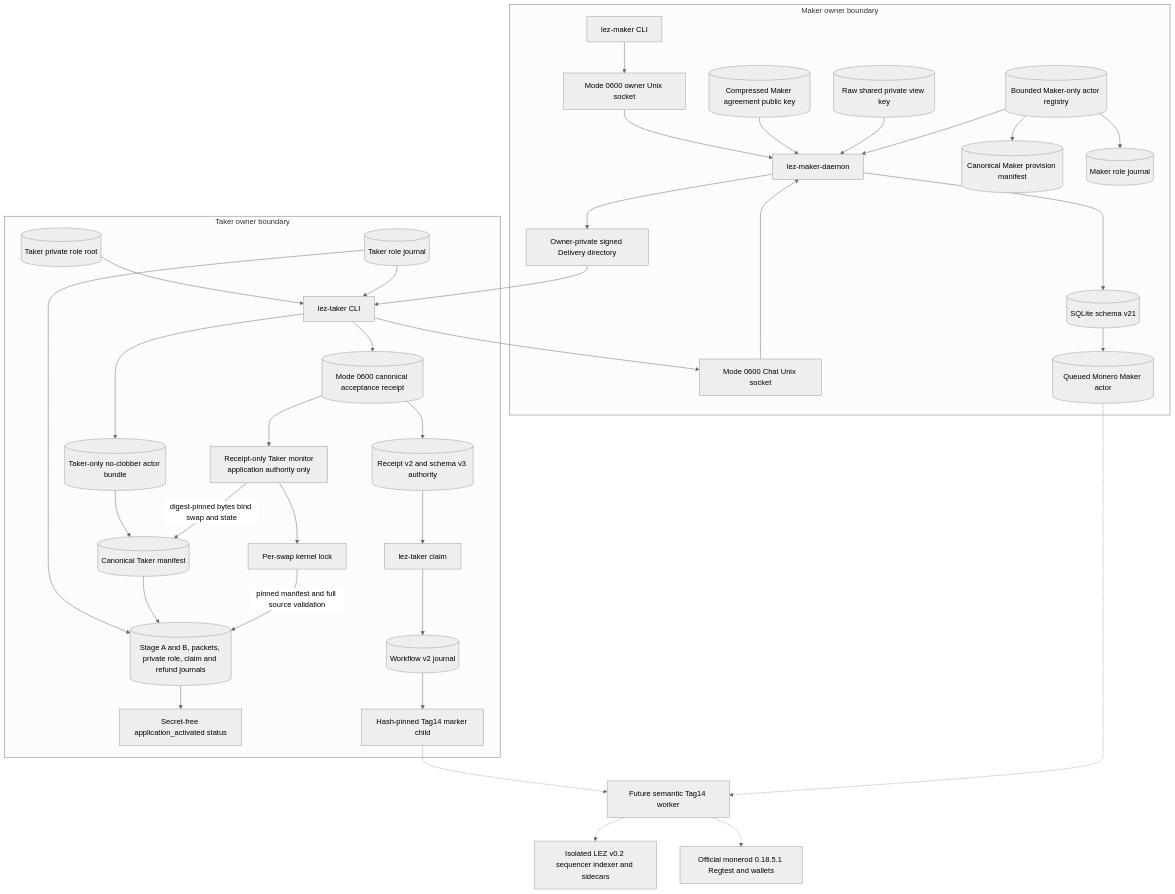
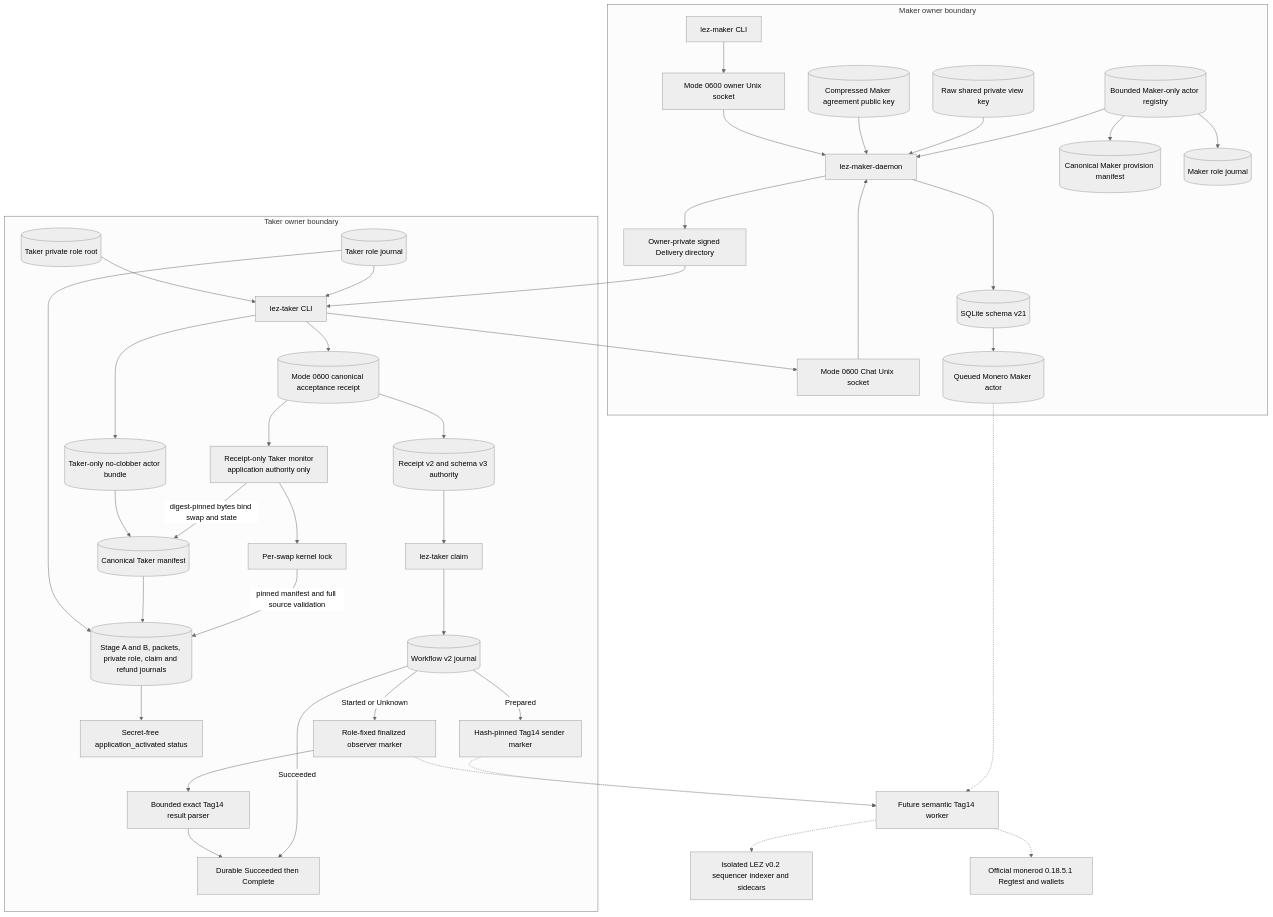
One commit to gateway-fm/lez-atomic-swaps changed the seventh of 21 diagrams in docs/architecture/deployment-components-and-rpcs.md. Above: the diagram before and after it, drawn with Mermaid (neutral theme). The commit also changed other lines of this file and 15 other files, not shown here.

````diff
--- a/docs/architecture/deployment-components-and-rpcs.md
+++ b/docs/architecture/deployment-components-and-rpcs.md
@@ -746,68 +746,76 @@
 ```mermaid
 flowchart TB
     subgraph MakerBoundary["Maker owner boundary"]
         MakerCli["lez-maker CLI"]
         OwnerSocket["Mode 0600 owner Unix socket"]
         Daemon["lez-maker-daemon"]
         ChatSocket["Mode 0600 Chat Unix socket"]
         Store[("SQLite schema v21")]
         Delivery["Owner-private signed Delivery directory"]
         AgreementKey[("Compressed Maker agreement public key")]
         ViewKey[("Raw shared private view key")]
         Registry[("Bounded Maker-only actor registry")]
         MakerManifest[("Canonical Maker provision manifest")]
         MakerJournal[("Maker role journal")]
         MakerActor[("Queued Monero Maker actor")]
     end
 
     subgraph TakerBoundary["Taker owner boundary"]
         TakerCli["lez-taker CLI"]
         TakerRoot[("Taker private role root")]
         TakerJournal[("Taker role journal")]
         TakerActor[("Taker-only no-clobber actor bundle")]
         Receipt[("Mode 0600 canonical acceptance receipt")]
         TakerManifest[("Canonical Taker manifest")]
         TakerAuthority[("Stage A and B, packets, private role, claim and refund journals")]
         MonitorLock["Per-swap kernel lock"]
         Monitor["Receipt-only Taker monitor<br/>application authority only"]
         MonitorStatus["Secret-free application_activated status"]
         EffectReceipt[("Receipt v2 and schema v3 authority")]
         Claim["lez-taker claim"]
         Workflow[("Workflow v2 journal")]
-        Marker["Hash-pinned Tag14 marker child"]
+        Marker["Hash-pinned Tag14 sender marker"]
+        Observer["Role-fixed finalized observer marker"]
+        Parser["Bounded exact Tag14 result parser"]
+        Reconciled["Durable Succeeded then Complete"]
     end
 
     MakerCli --> OwnerSocket
     OwnerSocket --> Daemon
     Daemon --> Store
     Daemon --> Delivery
     Delivery --> TakerCli
     TakerCli --> ChatSocket
     ChatSocket --> Daemon
     AgreementKey --> Daemon
     ViewKey --> Daemon
     Registry --> Daemon
     Registry --> MakerManifest
     Registry --> MakerJournal
     Store --> MakerActor
     TakerRoot --> TakerCli
     TakerJournal --> TakerCli
     TakerCli --> TakerActor
     TakerCli --> Receipt
     TakerActor --> TakerManifest
     TakerJournal --> TakerAuthority
     Receipt --> Monitor
     Monitor -->|"digest-pinned bytes bind swap and state"| TakerManifest
     Monitor --> MonitorLock
     TakerManifest --> TakerAuthority
     MonitorLock -->|"pinned manifest and full source validation"| TakerAuthority
     TakerAuthority --> MonitorStatus
     Receipt --> EffectReceipt
     EffectReceipt --> Claim
     Claim --> Workflow
-    Workflow --> Marker
-    Marker -.-> SemanticSupervisor["Future semantic Tag14 worker"]
+    Workflow -->|"Prepared"| Marker
+    Workflow -->|"Started or Unknown"| Observer
+    Observer --> Parser
+    Parser --> Reconciled
+    Workflow -->|"Succeeded"| Reconciled
+    Marker -.-> SemanticSupervisor
+    Observer -.-> SemanticSupervisor["Future semantic Tag14 worker"]
     MakerActor -.-> SemanticSupervisor
     SemanticSupervisor -.-> LezNodes["Isolated LEZ v0.2 sequencer indexer and sidecars"]
     SemanticSupervisor -.-> MoneroNodes["Official monerod 0.18.5.1 Regtest and wallets"]
 ```
````
